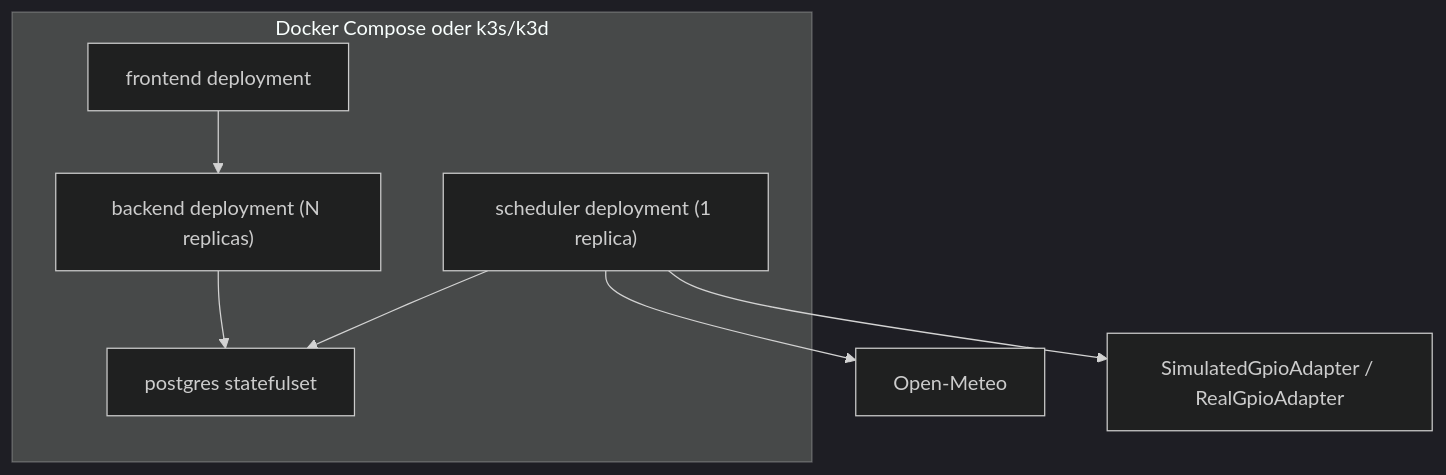
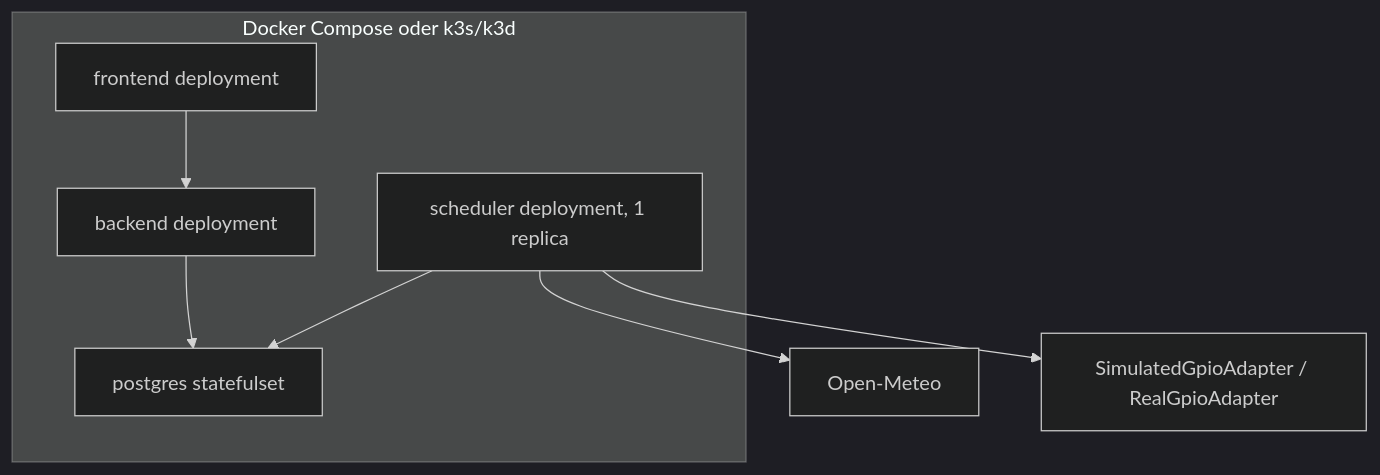
One commit to philippgri11/SmartGarden changed the second of 3 diagrams in README.md. Above: the diagram before and after it, drawn with Mermaid (dark theme). The commit also changed other lines of this file and 10 other files, not shown here.

````diff
--- a/README.md
+++ b/README.md
@@ -35,14 +62,14 @@
 ```mermaid
 flowchart TB
     subgraph Cluster["Docker Compose oder k3s/k3d"]
       Frontend["frontend deployment"]
-      Backend["backend deployment (N replicas)"]
-      Scheduler["scheduler deployment (1 replica)"]
+      Backend["backend deployment"]
+      Scheduler["scheduler deployment, 1 replica"]
       Postgres["postgres statefulset"]
     end
     Frontend --> Backend
     Backend --> Postgres
     Scheduler --> Postgres
     Scheduler --> OpenMeteo["Open-Meteo"]
     Scheduler --> Gpio["SimulatedGpioAdapter / RealGpioAdapter"]
 ```
````
